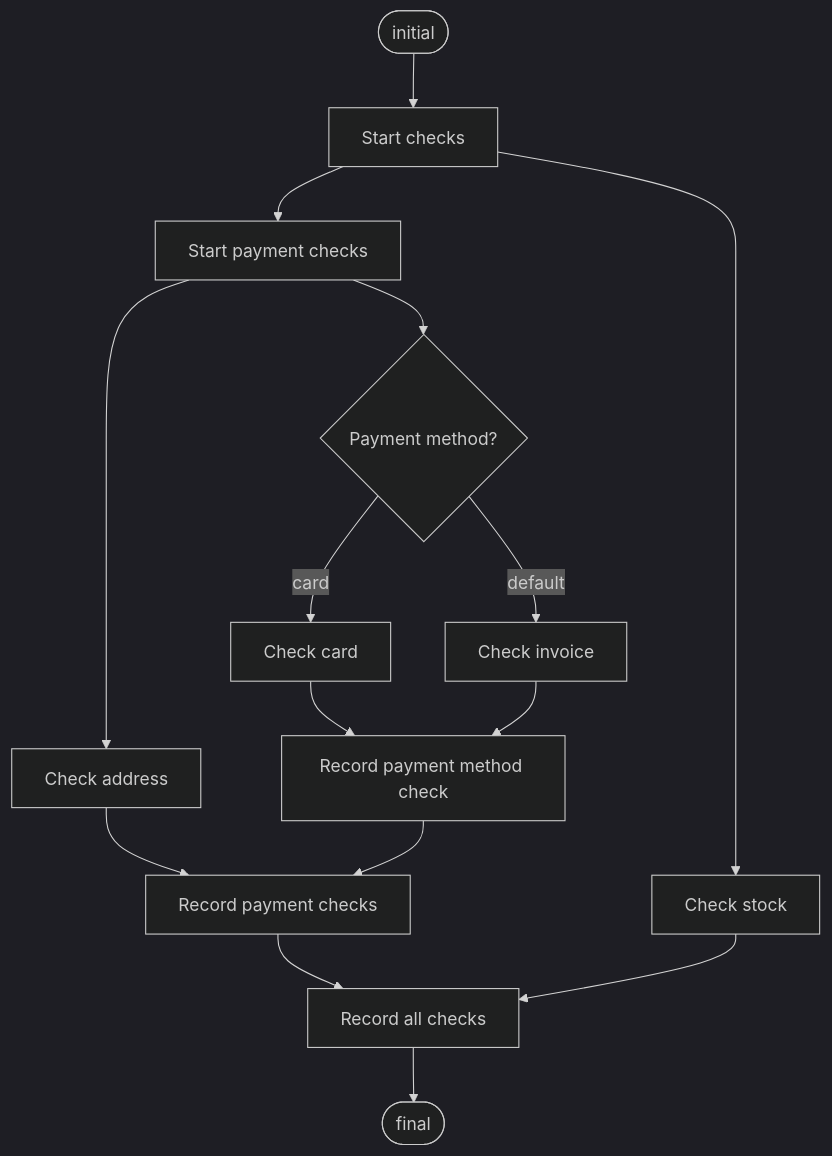
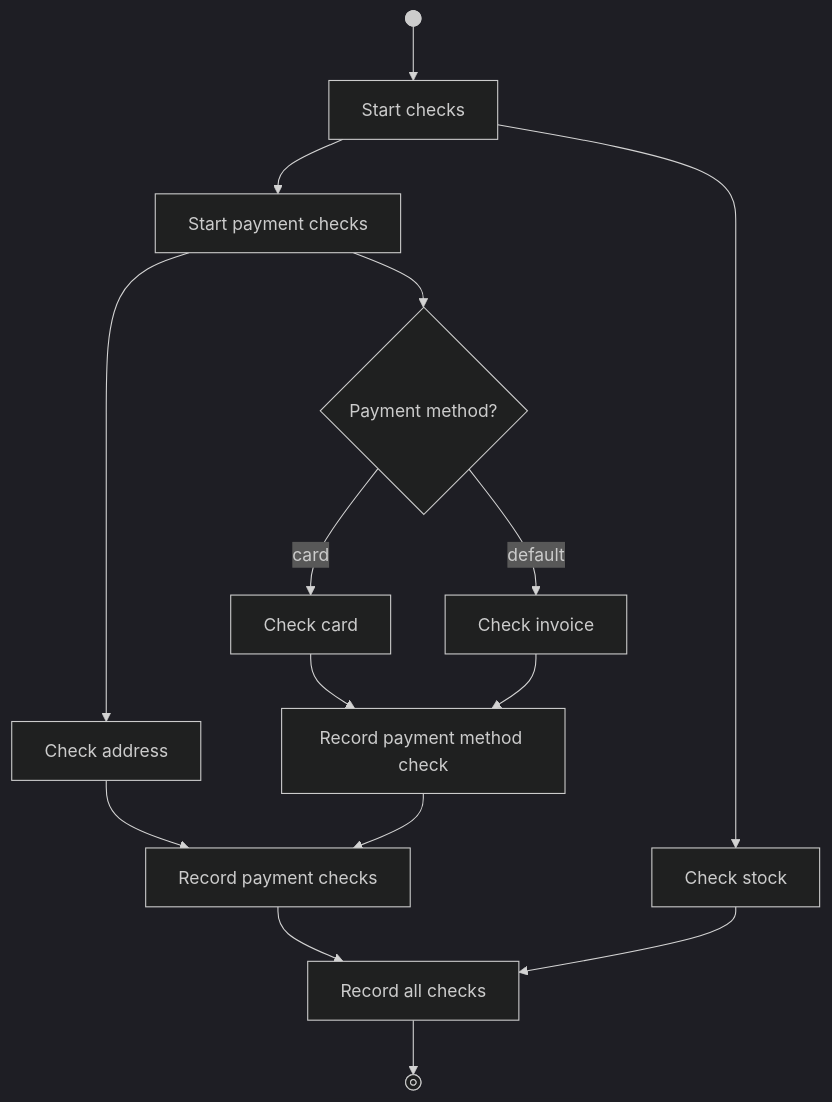
Before and after one commit to tsealex/workflow: the first of 3 diagrams in docs/EDGES.md, drawn with Mermaid (dark theme). The commit also changed other lines of this file and 3 other files, not shown here.

Commit message:
Clarify workflow node descriptions and schema documentation

````diff
--- a/docs/EDGES.md
+++ b/docs/EDGES.md
@@ -73,17 +73,19 @@
 ```mermaid
 flowchart TD
-    Start([initial]) --> Outer[Start checks]
+    Start@{ shape: f-circ, label: "" }
+    Start --> Outer[Start checks]
     Outer --> Inner[Start payment checks]
     Outer --> Stock[Check stock]
     Inner --> Address[Check address]
     Inner --> Method{Payment method?}
     Method -->|card| Card[Check card]
     Method -->|default| Invoice[Check invoice]
     Card --> MethodResult[Record payment method check]
     Invoice --> MethodResult
     Address --> Payment[Record payment checks]
     MethodResult --> Payment
     Payment --> Result[Record all checks]
     Stock --> Result
-    Result --> End([final])
+    End@{ shape: fr-circ, label: "" }
+    Result --> End
 ```
````
